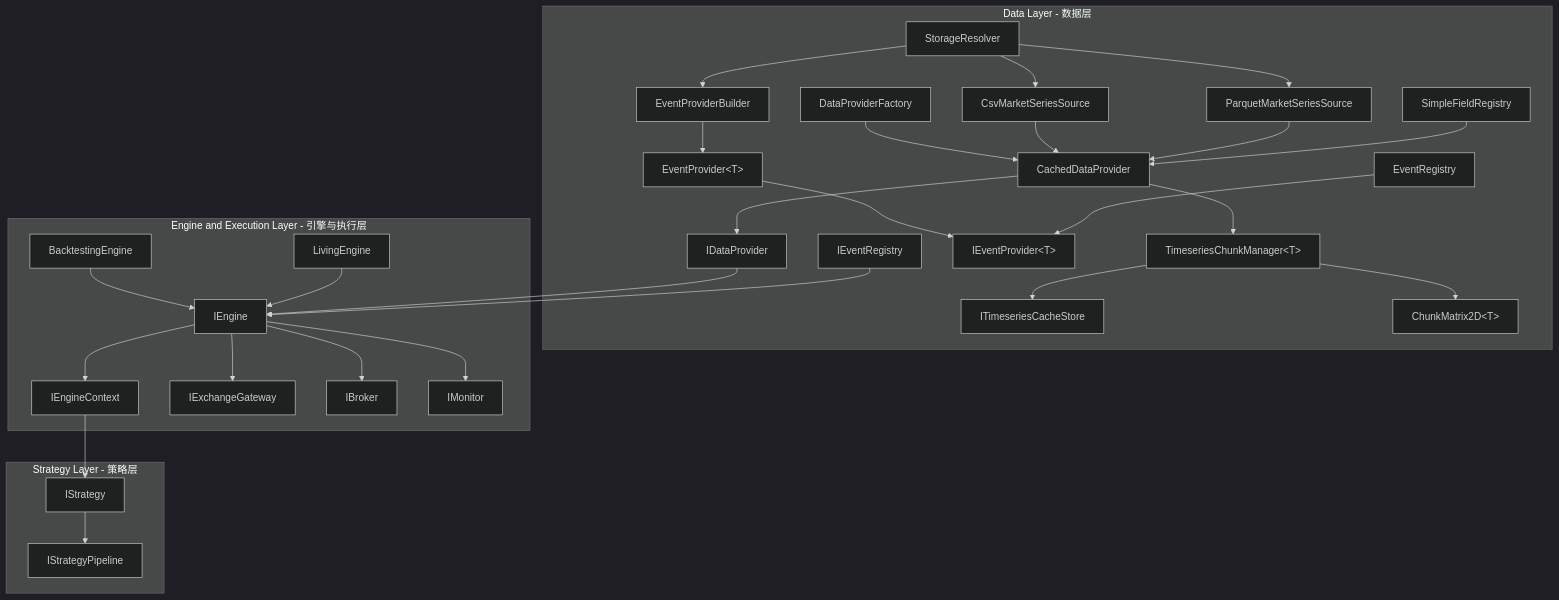
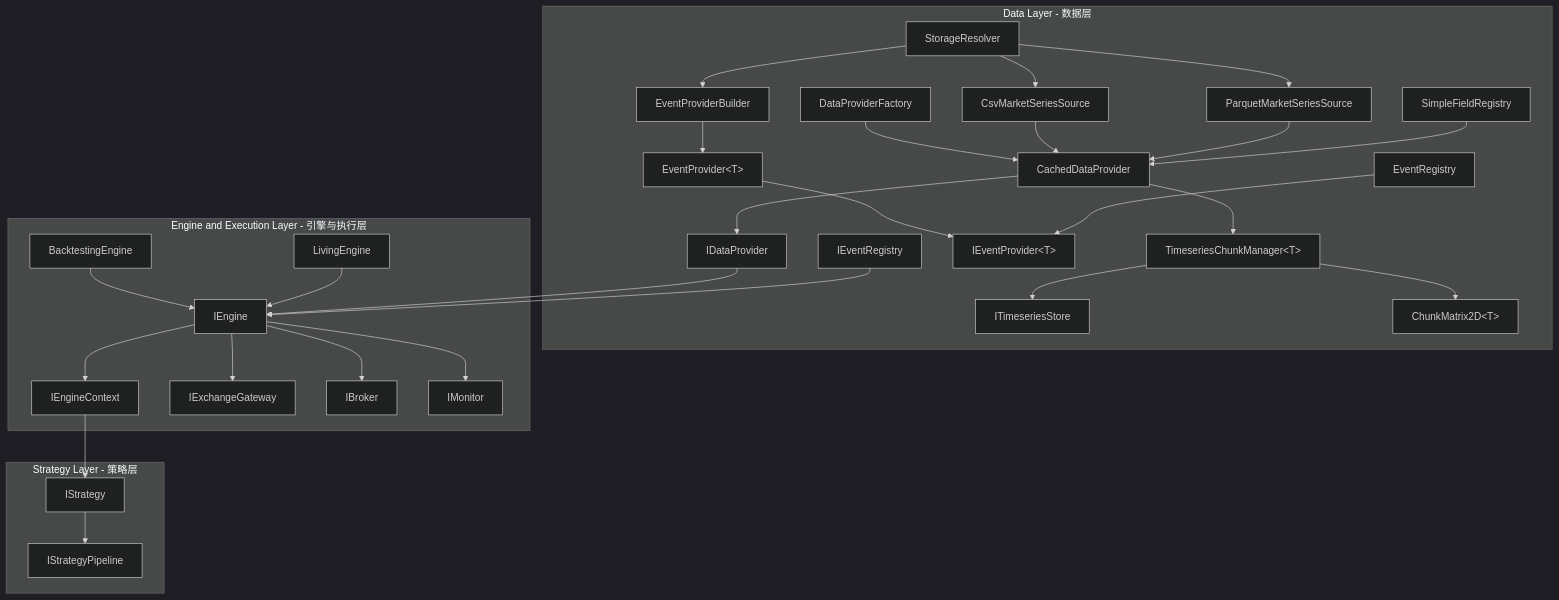
The diagram in Diagram/CarrotBacktesting.Net.Diagram.md (CRThu/CarrotQuant.Net), drawn with Mermaid (dark theme) before and after one commit. The commit also changed 31 other files, not shown here.

````diff
--- a/Diagram/CarrotBacktesting.Net.Diagram.md
+++ b/Diagram/CarrotBacktesting.Net.Diagram.md
@@ -1,62 +1,62 @@
 ```mermaid
 graph TD
     subgraph DataLayer [Data Layer - 数据层]
         StorageResolver[StorageResolver]
         CsvMarketSeriesSource[CsvMarketSeriesSource]
         ParquetMarketSeriesSource[ParquetMarketSeriesSource]
         SimpleFieldRegistry[SimpleFieldRegistry]
         DataProviderFactory[DataProviderFactory]
         CachedDataProvider[CachedDataProvider]
         TimeseriesChunkManager[TimeseriesChunkManager&lt;T&gt;]
-        ITimeseriesCacheStore[ITimeseriesCacheStore]
+        ITimeseriesStore[ITimeseriesStore]
         ChunkMatrix2D[ChunkMatrix2D&lt;T&gt;]
         IDataProvider[IDataProvider]
         EventProvider[EventProvider&lt;T&gt;]
         EventProviderBuilder[EventProviderBuilder]
         EventRegistry[EventRegistry]
         IEventProvider[IEventProvider&lt;T&gt;]
         IEventRegistry[IEventRegistry]
 
         StorageResolver --> CsvMarketSeriesSource
         StorageResolver --> ParquetMarketSeriesSource
         DataProviderFactory --> CachedDataProvider
         CsvMarketSeriesSource --> CachedDataProvider
         ParquetMarketSeriesSource --> CachedDataProvider
         SimpleFieldRegistry --> CachedDataProvider
         CachedDataProvider --> TimeseriesChunkManager
-        TimeseriesChunkManager --> ITimeseriesCacheStore
+        TimeseriesChunkManager --> ITimeseriesStore
         TimeseriesChunkManager --> ChunkMatrix2D
         CachedDataProvider --> IDataProvider
         StorageResolver --> EventProviderBuilder
         EventProviderBuilder --> EventProvider
         EventProvider --> IEventProvider
         EventRegistry --> IEventProvider
     end
 
     subgraph EngineExecutionLayer [Engine and Execution Layer - 引擎与执行层]
         BacktestingEngine[BacktestingEngine]
         LivingEngine[LivingEngine]
         IEngine[IEngine]
         IEngineContext[IEngineContext]
         IExchangeGateway[IExchangeGateway]
         IBroker[IBroker]
         IMonitor[IMonitor]
 
         BacktestingEngine --> IEngine
         LivingEngine --> IEngine
         IDataProvider --> IEngine
         IEventRegistry --> IEngine
         IEngine --> IExchangeGateway
         IEngine --> IBroker
         IEngine --> IMonitor
         IEngine --> IEngineContext
     end
 
     subgraph StrategyLayer [Strategy Layer - 策略层]
         IStrategy[IStrategy]
         IStrategyPipeline[IStrategyPipeline]
 
         IEngineContext --> IStrategy
         IStrategy --> IStrategyPipeline
     end
 ```
````
